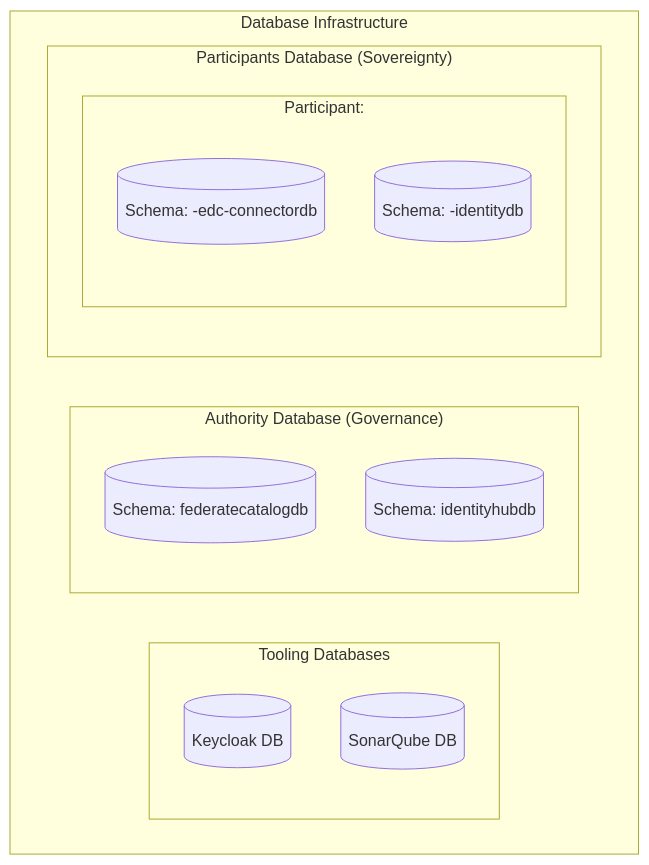
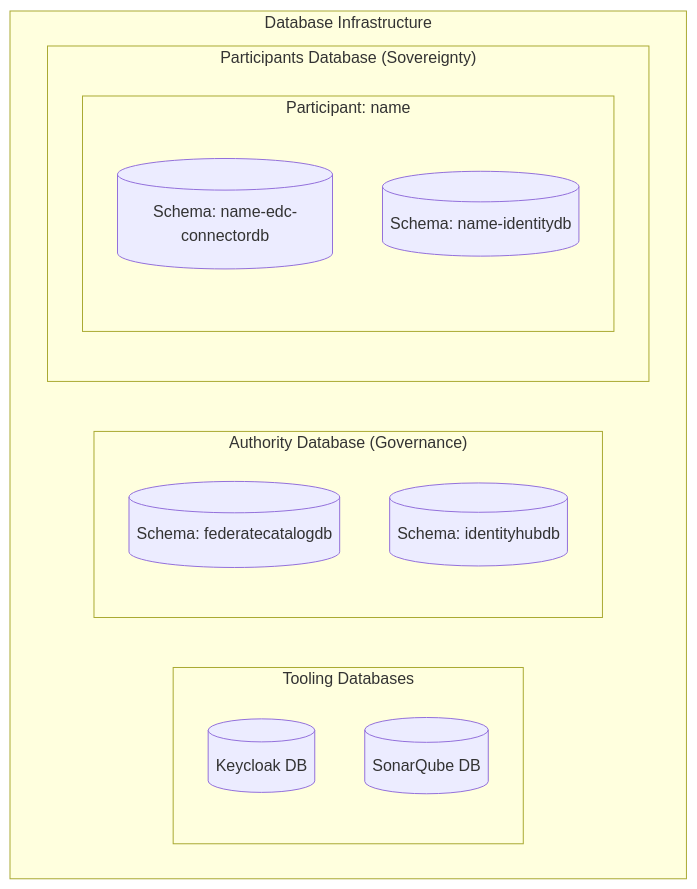
The diagram in Architecture/database.md (DEPLOYTOUR/Technical-documentation), drawn with Mermaid before and after one commit.

Commit message:
mermaid ghrap updated

````diff
--- a/Architecture/database.md
+++ b/Architecture/database.md
@@ -6,21 +6,21 @@
 ```mermaid
 graph TD
     subgraph DataStore ["Database Infrastructure"]
         subgraph ToolDBs ["Tooling Databases"]
             DB_KC[(Keycloak DB)]
             DB_SQ[(SonarQube DB)]
         end
         
         subgraph AuthorityDB ["Authority Database (Governance)"]
             Schema_FC[(Schema: federatecatalogdb)]
             Schema_AIH[(Schema: identityhubdb)]
         end
         
         subgraph ParticipantsDB ["Participants Database (Sovereignty)"]
-            subgraph Part1 ["Participant: <name>"]
-                Schema_P1_EDC[(Schema: <name>-edc-connectordb)]
-                Schema_P1_IH[(Schema: <name>-identitydb)]
+            subgraph Part1 ["Participant: name"]
+                Schema_P1_EDC[(Schema: name-edc-connectordb)]
+                Schema_P1_IH[(Schema: name-identitydb)]
             end
         end
     end
 ```
````
